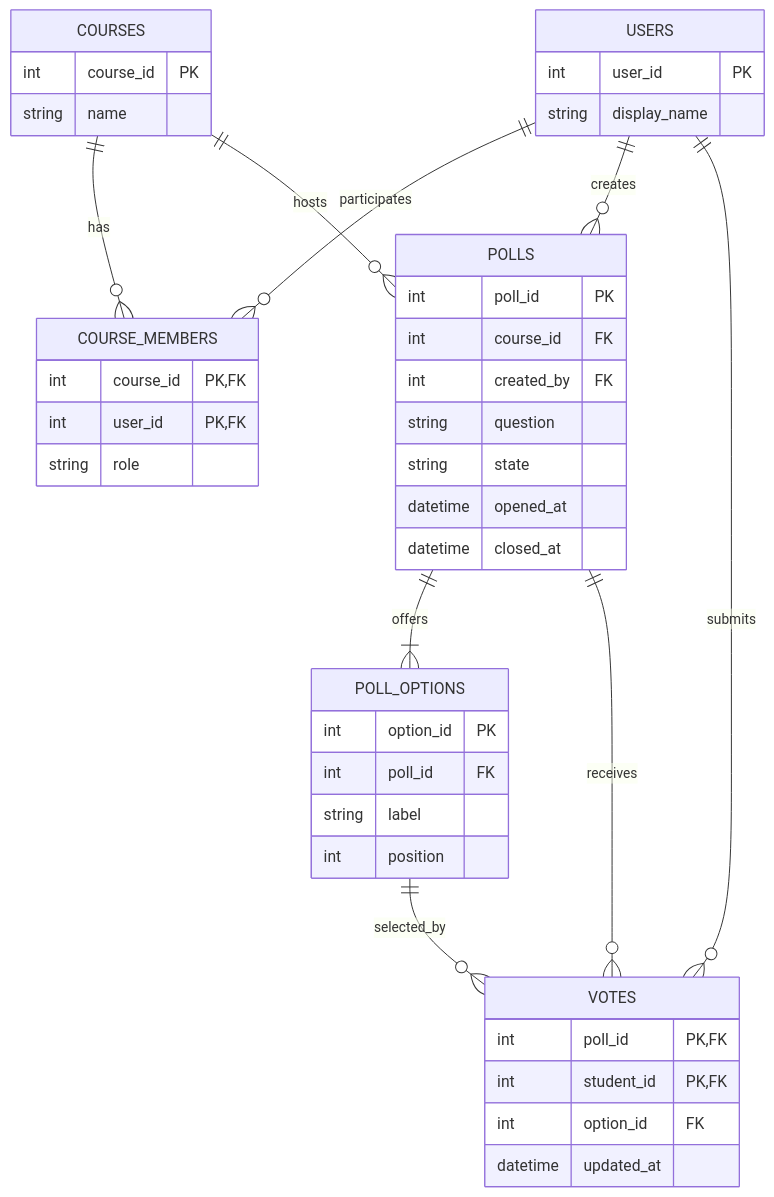
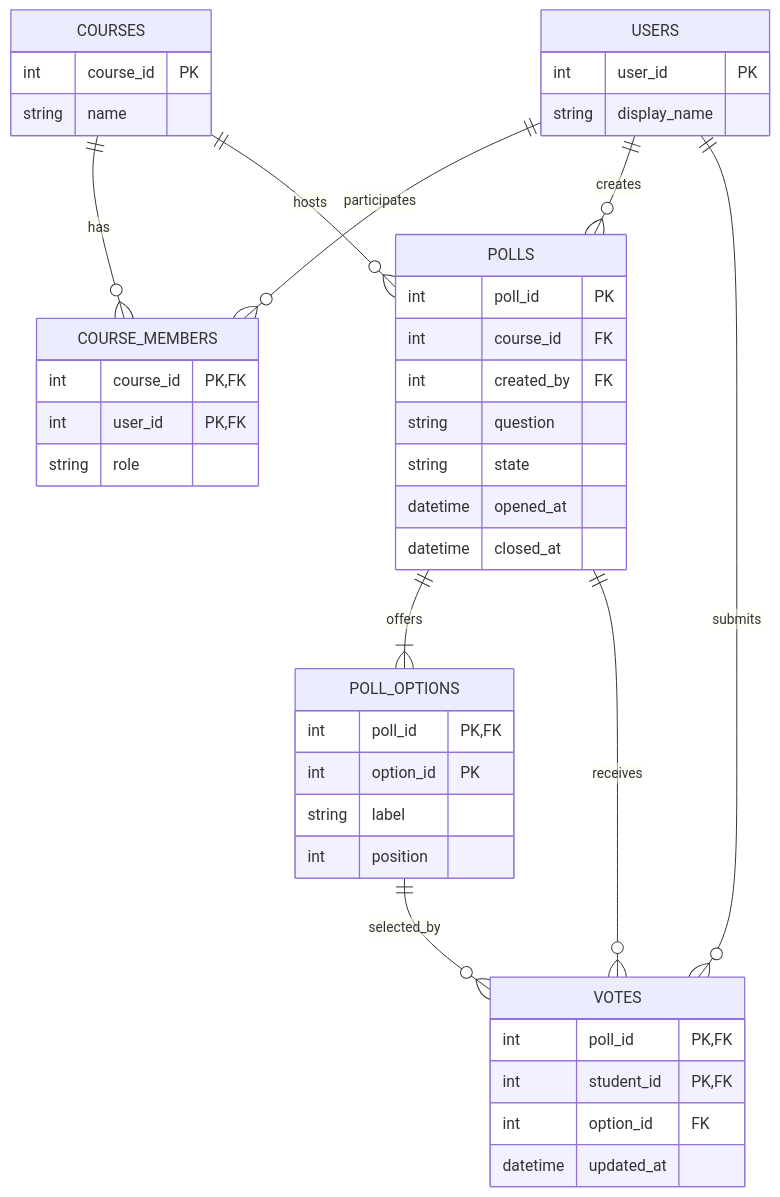
One commit to ehuerta6/bloomberg-interview-practice changed the second of 2 diagrams in solutions/system-design/15-live-classroom-polling.md. Above: the diagram before and after it, drawn with Mermaid. The commit also changed other lines of this file and 16 other files, not shown here.

````diff
--- a/solutions/system-design/15-live-classroom-polling.md
+++ b/solutions/system-design/15-live-classroom-polling.md
@@ -52,46 +52,46 @@
 ```mermaid
 erDiagram
     COURSES ||--o{ COURSE_MEMBERS : has
     USERS ||--o{ COURSE_MEMBERS : participates
     COURSES ||--o{ POLLS : hosts
     USERS ||--o{ POLLS : creates
     POLLS ||--|{ POLL_OPTIONS : offers
     POLLS ||--o{ VOTES : receives
     USERS ||--o{ VOTES : submits
     POLL_OPTIONS ||--o{ VOTES : selected_by
 
     USERS {
         int user_id PK
         string display_name
     }
     COURSES {
         int course_id PK
         string name
     }
     COURSE_MEMBERS {
         int course_id PK, FK
         int user_id PK, FK
         string role
     }
     POLLS {
         int poll_id PK
         int course_id FK
         int created_by FK
         string question
         string state
         datetime opened_at
         datetime closed_at
     }
     POLL_OPTIONS {
+        int poll_id PK, FK
         int option_id PK
-        int poll_id FK
         string label
         int position
     }
     VOTES {
         int poll_id PK, FK
         int student_id PK, FK
         int option_id FK
         datetime updated_at
     }
 ```
````
